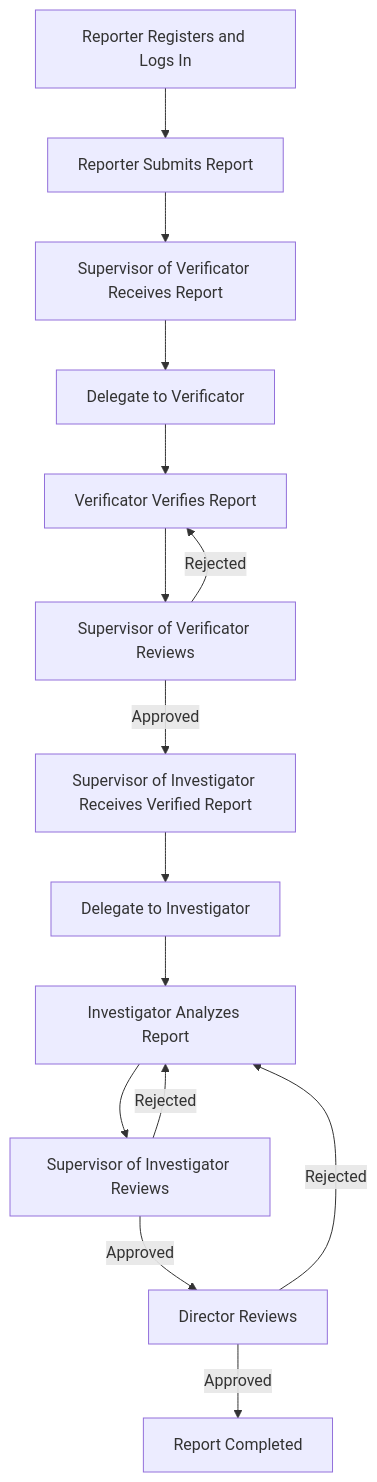
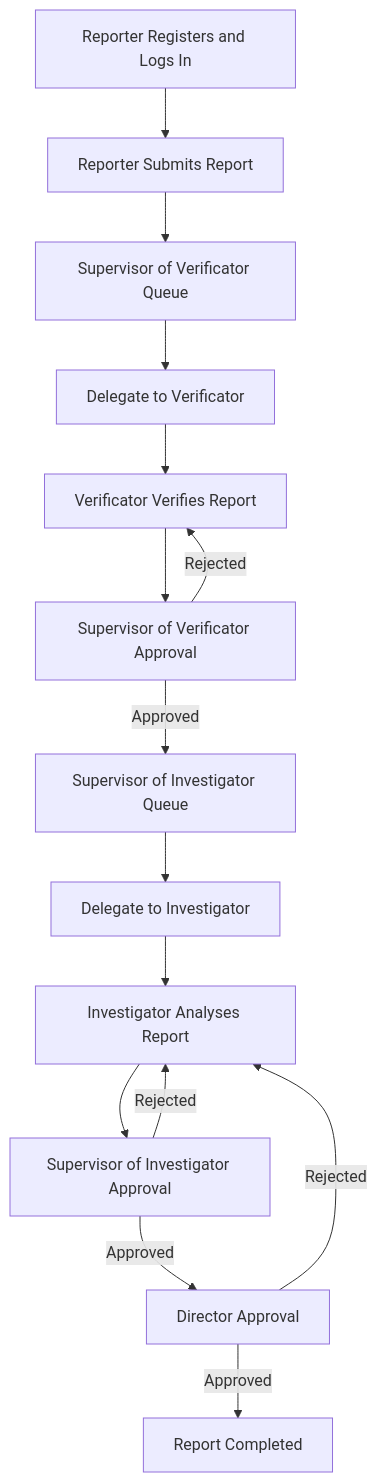
The second of 2 diagrams in docs/architecture.md (aidilikbar/wbs-thesis), drawn with Mermaid before and after one commit. The commit also changed other lines of this file and 4 other files, not shown here.

````diff
--- a/docs/architecture.md
+++ b/docs/architecture.md
@@ -43,17 +50,17 @@
 ```mermaid
 flowchart TD
     A["Reporter Registers and Logs In"] --> B["Reporter Submits Report"]
-    B --> C["Supervisor of Verificator Receives Report"]
+    B --> C["Supervisor of Verificator Queue"]
     C --> D["Delegate to Verificator"]
     D --> E["Verificator Verifies Report"]
-    E --> F["Supervisor of Verificator Reviews"]
-    F -->|Approved| G["Supervisor of Investigator Receives Verified Report"]
+    E --> F["Supervisor of Verificator Approval"]
+    F -->|Approved| G["Supervisor of Investigator Queue"]
     F -->|Rejected| E
     G --> H["Delegate to Investigator"]
-    H --> I["Investigator Analyzes Report"]
-    I --> J["Supervisor of Investigator Reviews"]
-    J -->|Approved| K["Director Reviews"]
+    H --> I["Investigator Analyses Report"]
+    I --> J["Supervisor of Investigator Approval"]
+    J -->|Approved| K["Director Approval"]
     J -->|Rejected| I
     K -->|Approved| L["Report Completed"]
     K -->|Rejected| I
 ```
````
